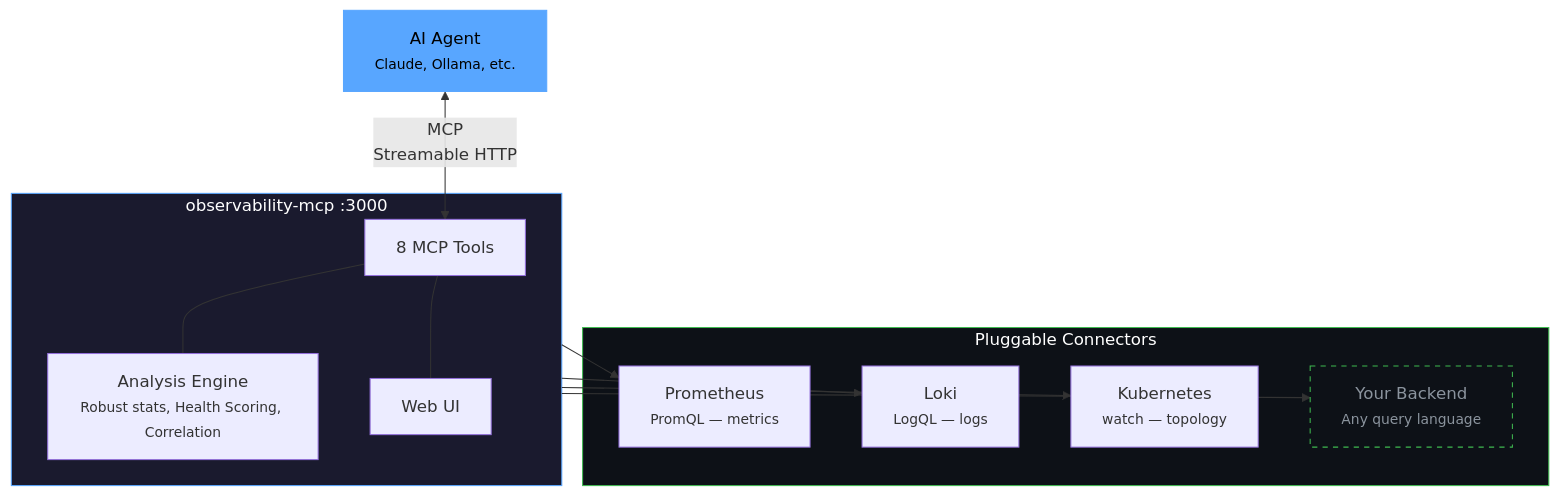
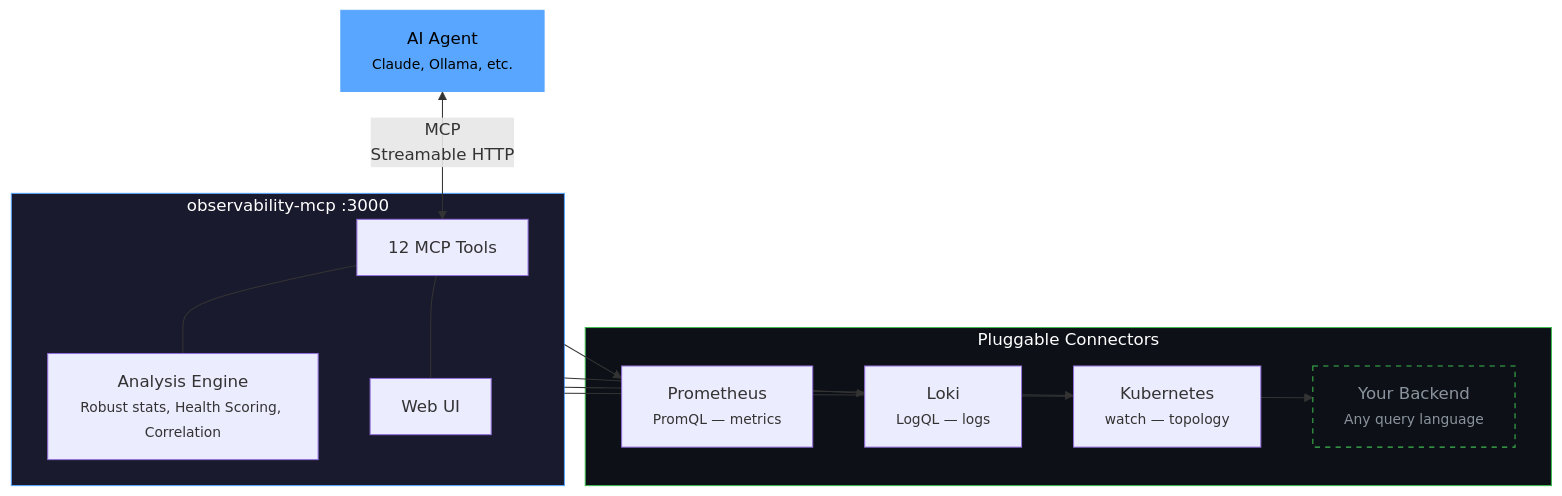
The diagram in README.md (ThoTischner/observability-mcp), drawn with Mermaid before and after one commit. The commit also changed other lines of this file and 5 other files, not shown here.

````diff
--- a/README.md
+++ b/README.md
@@ -211,27 +256,27 @@
 ```mermaid
 graph TB
     Agent["AI Agent<br/><small>Claude, Ollama, etc.</small>"]
 
     subgraph MCP ["observability-mcp :3000"]
-        Tools["8 MCP Tools"]
+        Tools["12 MCP Tools"]
         Analysis["Analysis Engine<br/><small>Robust stats, Health Scoring, Correlation</small>"]
         UI["Web UI"]
     end
 
     subgraph Connectors ["Pluggable Connectors"]
         Prom["Prometheus<br/><small>PromQL — metrics</small>"]
         Loki["Loki<br/><small>LogQL — logs</small>"]
         K8s["Kubernetes<br/><small>watch — topology</small>"]
         Next["Your Backend<br/><small>Any query language</small>"]
     end
 
     Agent <-->|"MCP<br/>Streamable HTTP"| Tools
     Tools --- Analysis
     Tools --- UI
     MCP --> Prom & Loki & K8s & Next
 
     style MCP fill:#1a1a2e,stroke:#58a6ff,color:#fff
     style Connectors fill:#0d1117,stroke:#3fb950,color:#fff
     style Agent fill:#58a6ff,stroke:#58a6ff,color:#000
     style Next fill:#0d1117,stroke:#3fb950,color:#8b949e,stroke-dasharray: 5 5
 ```
````
